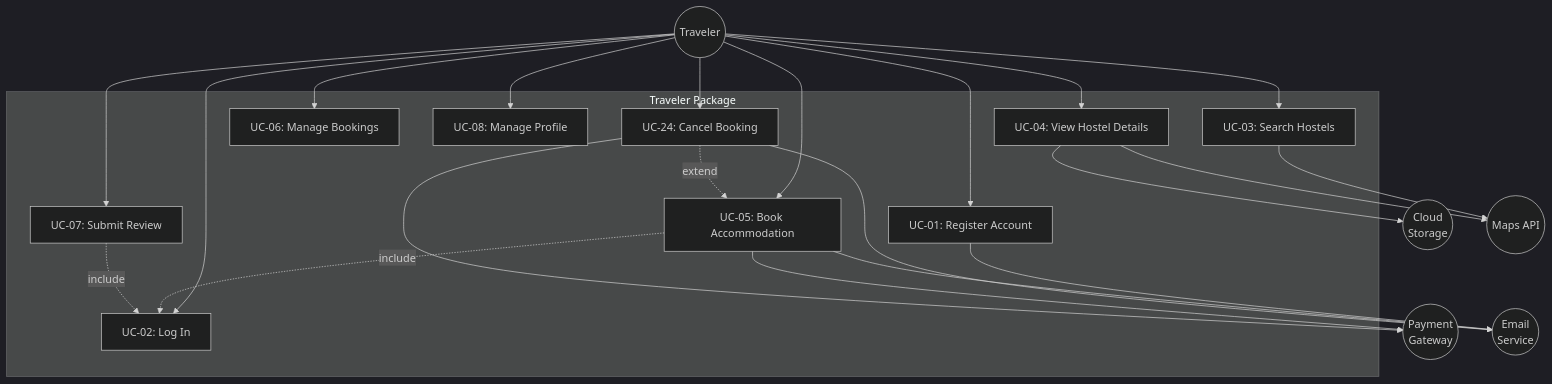
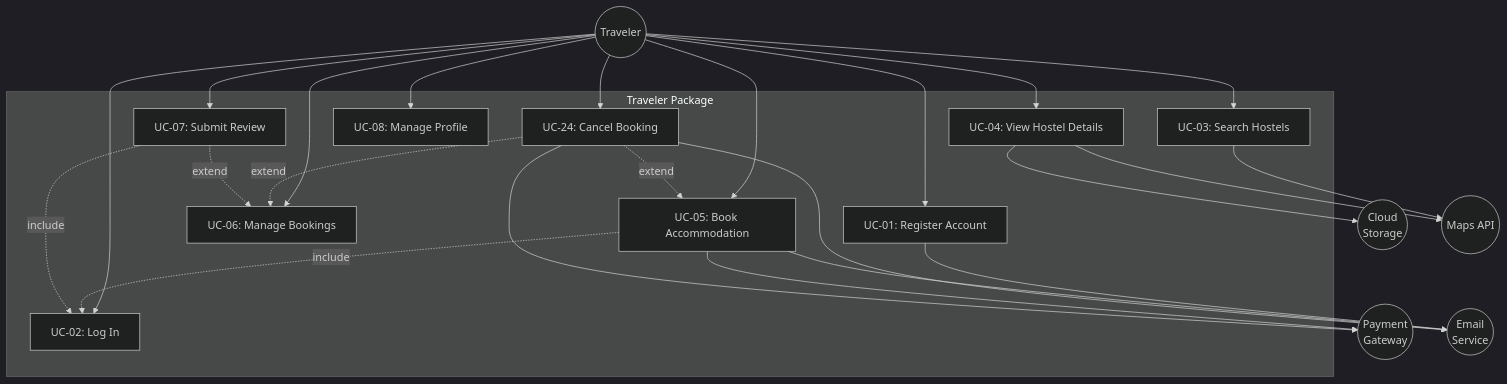
One commit to thaideptrai218/swdv2 changed the second of 9 diagrams in docs/requirements/02-user-requirements.md. Above: the diagram before and after it, drawn with Mermaid (dark theme). The commit also changed other lines of this file and 24 other files, not shown here.

````diff
--- a/docs/requirements/02-user-requirements.md
+++ b/docs/requirements/02-user-requirements.md
@@ -411,43 +421,45 @@
 ```mermaid
 graph TB
     A3((Traveler))
     A4((Payment<br/>Gateway))
     A5((Email<br/>Service))
     A7((Cloud<br/>Storage))
     A8((Maps API))
 
     subgraph TravelerPackage["Traveler Package"]
         UC01[UC-01: Register Account]
         UC02[UC-02: Log In]
         UC03[UC-03: Search Hostels]
         UC04[UC-04: View Hostel Details]
         UC05[UC-05: Book Accommodation]
         UC06[UC-06: Manage Bookings]
         UC07[UC-07: Submit Review]
         UC08[UC-08: Manage Profile]
         UC24[UC-24: Cancel Booking]
     end
 
     A3 --> UC01
     A3 --> UC02
     A3 --> UC03
     A3 --> UC04
     A3 --> UC05
     A3 --> UC06
     A3 --> UC07
     A3 --> UC08
     A3 --> UC24
 
     UC05 -.->|include| UC02
     UC07 -.->|include| UC02
     UC24 -.->|extend| UC05
+    UC24 -.->|extend| UC06
+    UC07 -.->|extend| UC06
 
     UC01 --> A5
     UC03 --> A8
     UC04 --> A7
     UC04 --> A8
     UC05 --> A4
     UC05 --> A5
     UC24 --> A4
     UC24 --> A5
 ```
````
